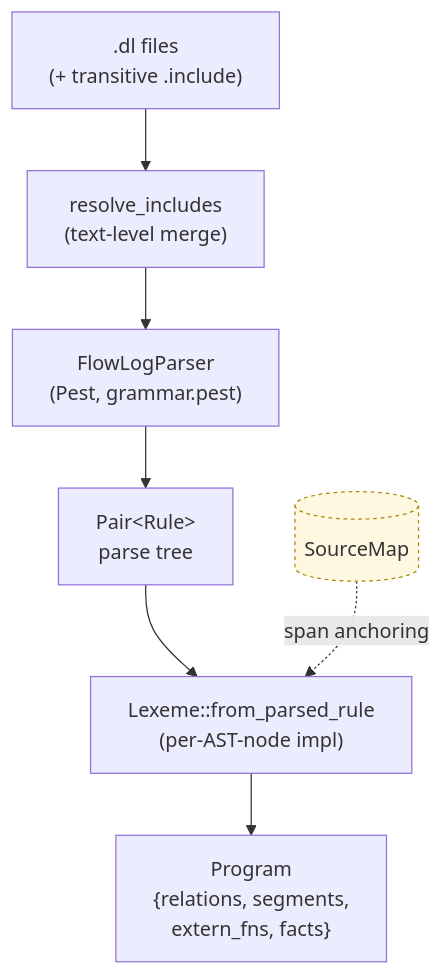
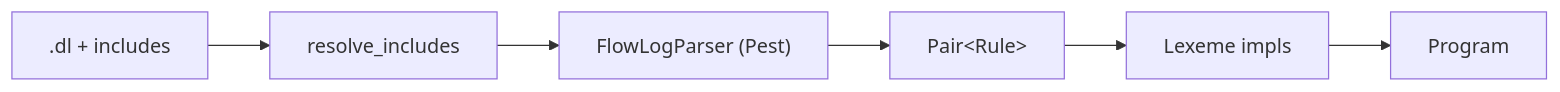
The diagram in crates/flowlog-build/src/parser/README.md (flowlog-rs/flowlog), drawn with Mermaid before and after one commit. The commit also changed other lines of this file and 12 other files, not shown here.

````diff
--- a/crates/flowlog-build/src/parser/README.md
+++ b/crates/flowlog-build/src/parser/README.md
@@ -17,11 +5,4 @@
 ```mermaid
-flowchart TD
-    SRC[".dl files<br/>(+ transitive .include)"] --> RESOLVE["resolve_includes<br/>(text-level merge)"]
-    RESOLVE --> PEST["FlowLogParser<br/>(Pest, grammar.pest)"]
-    PEST --> PAIRS["Pair&lt;Rule&gt;<br/>parse tree"]
-    PAIRS --> LEX["Lexeme::from_parsed_rule<br/>(per-AST-node impl)"]
-    LEX --> AST["Program<br/>{relations, segments,<br/>extern_fns, facts}"]
-
-    SM[("SourceMap")]:::side -.span anchoring.-> LEX
-    classDef side fill:#fff8e1,stroke:#a80,stroke-dasharray:3 3
+flowchart LR
+    src[".dl + includes"] --> merge["resolve_includes"] --> pest["FlowLogParser (Pest)"] --> tree["Pair&lt;Rule&gt;"] --> lex["Lexeme impls"] --> ast["Program"]
 ```
````
